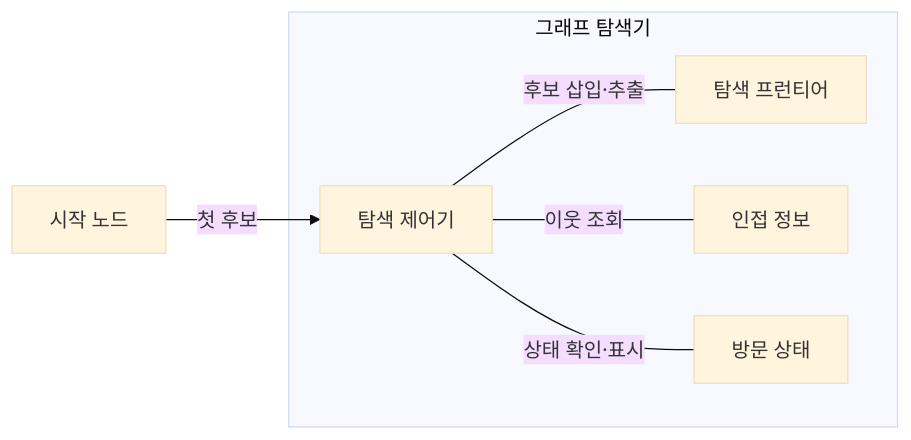
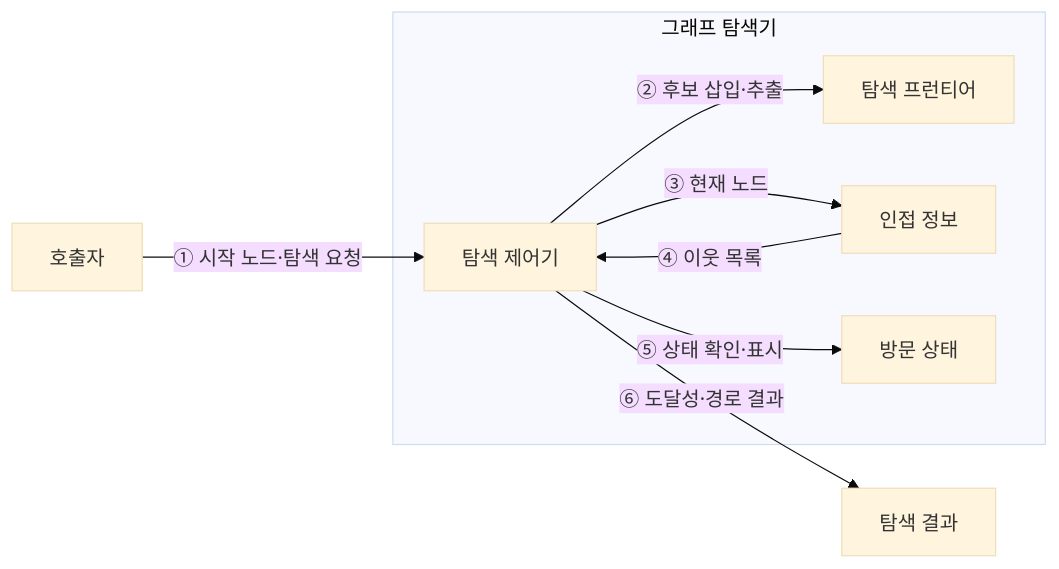
One commit to agnusdei1207/knowledge-base changed the diagram in src/content/docs/notes/01-basic-theory/010_graph_traversal.md. Above: the diagram before and after it, drawn with Mermaid (base theme). The commit also changed other lines of this file and 6 other files, not shown here.

````diff
--- a/src/content/docs/notes/01-basic-theory/010_graph_traversal.md
+++ b/src/content/docs/notes/01-basic-theory/010_graph_traversal.md
@@ -60,14 +60,15 @@
 ```mermaid
 flowchart LR
-    START[시작 노드]
+    START[호출자] -->|① 시작 노드·탐색 요청| CTRL
     subgraph G[그래프 탐색기]
         CTRL[탐색 제어기]
         FRONT[탐색 프런티어]
         ADJ[인접 정보]
         VISIT[방문 상태]
-        CTRL ---|후보 삽입·추출| FRONT
-        CTRL ---|이웃 조회| ADJ
-        CTRL ---|상태 확인·표시| VISIT
+        CTRL -->|② 후보 삽입·추출| FRONT
+        CTRL -->|③ 현재 노드| ADJ
+        ADJ -->|④ 이웃 목록| CTRL
+        CTRL -->|⑤ 상태 확인·표시| VISIT
     end
-    START -->|첫 후보| CTRL
+    CTRL -->|⑥ 도달성·경로 결과| OUT[탐색 결과]
 ```
````
